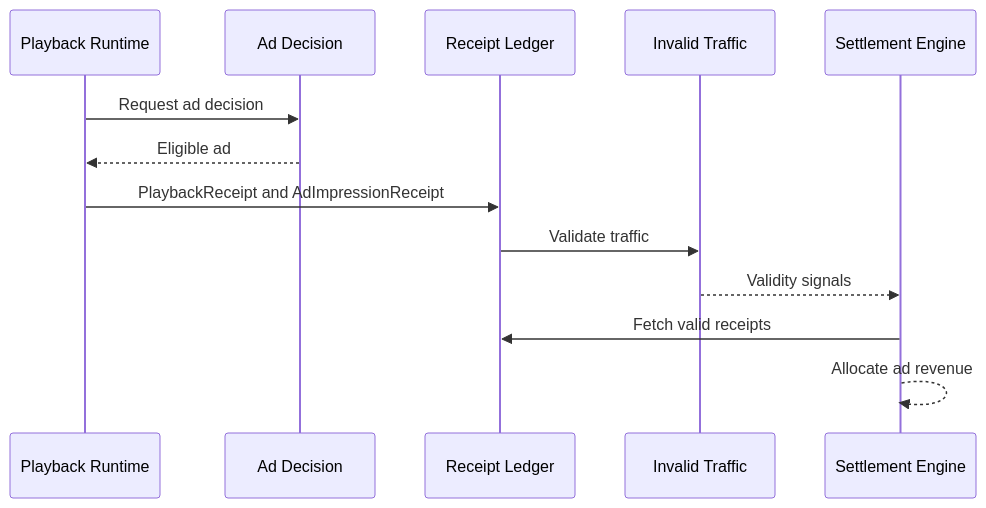
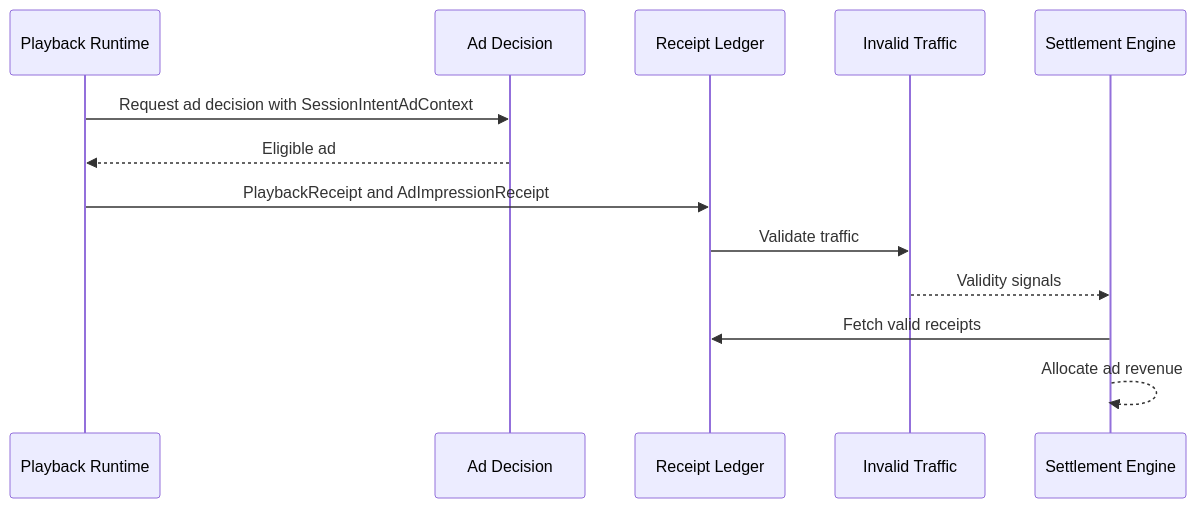
Diagram 20 of 27 in docs/Architecture/05-content-hosting-playback-monetization-and-settlement.md (fahdabidi/Loom), drawn with Mermaid before and after one commit. The commit also changed other lines of this file and 35 other files, not shown here.

````diff
--- a/docs/Architecture/05-content-hosting-playback-monetization-and-settlement.md
+++ b/docs/Architecture/05-content-hosting-playback-monetization-and-settlement.md
@@ -589,16 +591,16 @@
 ```mermaid
 sequenceDiagram
   participant Playback as Playback Runtime
   participant AD as Ad Decision
   participant RL as Receipt Ledger
   participant Fraud as Invalid Traffic
   participant SE as Settlement Engine
 
-  Playback->>AD: Request ad decision
+  Playback->>AD: Request ad decision with SessionIntentAdContext
   AD-->>Playback: Eligible ad
   Playback->>RL: PlaybackReceipt and AdImpressionReceipt
   RL->>Fraud: Validate traffic
   Fraud-->>SE: Validity signals
   SE->>RL: Fetch valid receipts
   SE-->>SE: Allocate ad revenue
 ```
````
